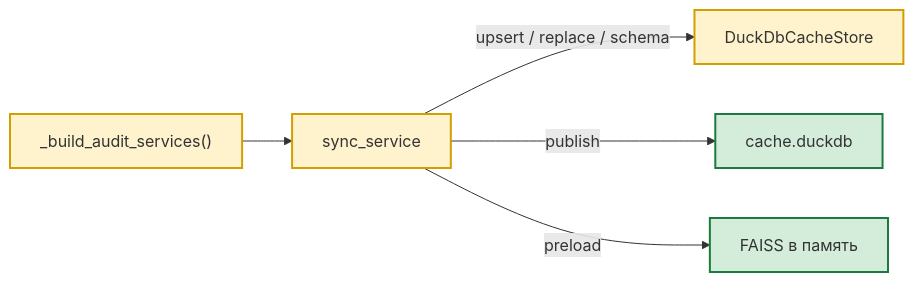
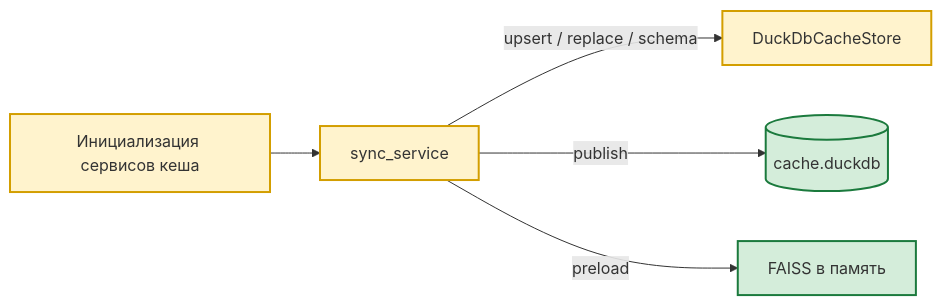
One commit to AlexEgorov85/workspaces_nanobot changed the diagram in docs/DATABASE.md. Above: the diagram before and after it, drawn with Mermaid. The commit also changed 2 other files, not shown here.

Commit message:
docs(diagrams): перейти на понятийные подписи вместо имён классов
Обзорная и infra-диаграммы переформулированы на язык предметной области (Агент, Инструменты, Кеш, Векторы, База данных, Эмбеддинги) по образцу nanobot_arch.png; детальные диаграммы смягчены до понятийных меток. Убраны вложенные subgraph, добавлены подписи рёбер

````diff
--- a/docs/DATABASE.md
+++ b/docs/DATABASE.md
@@ -211,11 +211,11 @@
 ```mermaid
 flowchart LR
-    BUILD["_build_audit_services()"] --> SYNC["sync_service"]
+    BUILD["Инициализация сервисов кеша"] --> SYNC["sync_service"]
     SYNC -->|upsert / replace / schema| STORE["DuckDbCacheStore"]
-    SYNC -->|publish| DUCK["cache.duckdb"]
+    SYNC -->|publish| DUCK[("cache.duckdb")]
     SYNC -->|preload| FAISS["FAISS в память"]
     classDef core fill:#fff3cd,stroke:#d39e00,stroke-width:2px
     classDef infra fill:#d4edda,stroke:#1b7a3d,stroke-width:2px
     class BUILD,SYNC,STORE core
     class DUCK,FAISS infra
 ```
````
